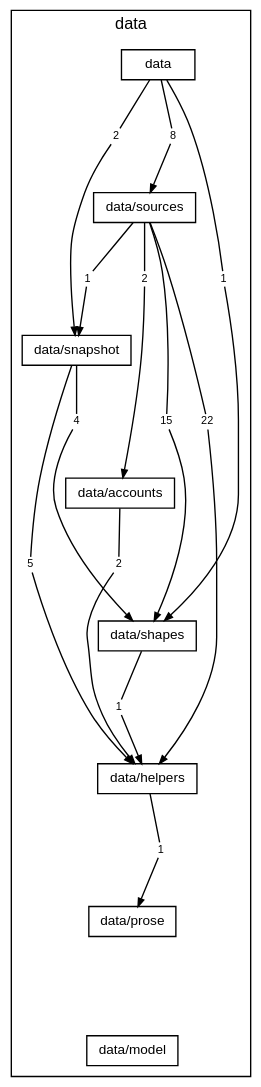
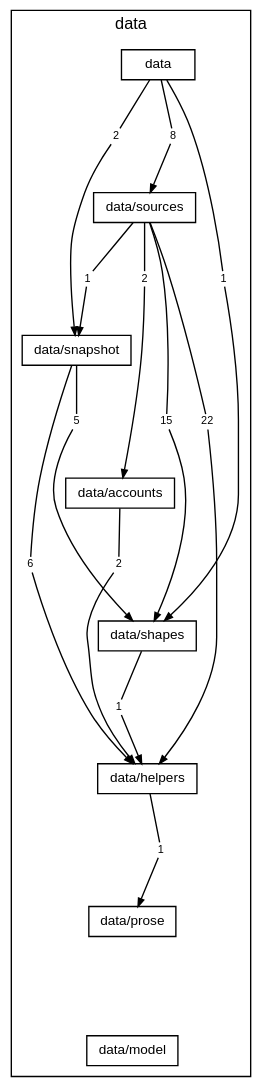
One commit to TheAxeC/oculus changed the diagram in docs/diagrams/layer-data.dot. Above: the diagram before and after it, drawn with Graphviz. The commit also changed 95 other files, not shown here.

```diff
--- a/docs/diagrams/layer-data.dot
+++ b/docs/diagrams/layer-data.dot
@@ -1,59 +1,59 @@
 digraph layer_data {
     graph [bgcolor="transparent", rankdir=TB, newrank=true, fontname="Helvetica,Arial,sans-serif", fontsize=12, nodesep=0.2, ranksep=0.5];
     node [shape=box, color="black", fontcolor="black", fontname="Helvetica,Arial,sans-serif", fontsize=10, height=0.3, margin="0.12,0.04"];
     edge [color="black", fontcolor="black", fontname="Helvetica,Arial,sans-serif", fontsize=8, arrowsize=0.6];
     subgraph "cluster_data" {
         label="data"; style=solid;
         "folder data" [label="data"];
         "folder data/sources" [label="data/sources"];
         "folder data/snapshot" [label="data/snapshot"];
         "folder data/accounts" [label="data/accounts"];
         "folder data/shapes" [label="data/shapes"];
         "folder data/helpers" [label="data/helpers"];
         "folder data/prose" [label="data/prose"];
         "folder data/model" [label="data/model"];
         "folder data to folder data/shapes" [label="1", shape=box, color="transparent", fontsize=8, width=0, height=0, margin="0.04,0.02"];
         "folder data to folder data/snapshot" [label="2", shape=box, color="transparent", fontsize=8, width=0, height=0, margin="0.04,0.02"];
         "folder data to folder data/sources" [label="8", shape=box, color="transparent", fontsize=8, width=0, height=0, margin="0.04,0.02"];
         "folder data/sources to folder data/accounts" [label="2", shape=box, color="transparent", fontsize=8, width=0, height=0, margin="0.04,0.02"];
         "folder data/sources to folder data/helpers" [label="22", shape=box, color="transparent", fontsize=8, width=0, height=0, margin="0.04,0.02"];
         "folder data/sources to folder data/shapes" [label="15", shape=box, color="transparent", fontsize=8, width=0, height=0, margin="0.04,0.02"];
         "folder data/sources to folder data/snapshot" [label="1", shape=box, color="transparent", fontsize=8, width=0, height=0, margin="0.04,0.02"];
-        "folder data/snapshot to folder data/helpers" [label="5", shape=box, color="transparent", fontsize=8, width=0, height=0, margin="0.04,0.02"];
-        "folder data/snapshot to folder data/shapes" [label="4", shape=box, color="transparent", fontsize=8, width=0, height=0, margin="0.04,0.02"];
+        "folder data/snapshot to folder data/helpers" [label="6", shape=box, color="transparent", fontsize=8, width=0, height=0, margin="0.04,0.02"];
+        "folder data/snapshot to folder data/shapes" [label="5", shape=box, color="transparent", fontsize=8, width=0, height=0, margin="0.04,0.02"];
         "folder data/accounts to folder data/helpers" [label="2", shape=box, color="transparent", fontsize=8, width=0, height=0, margin="0.04,0.02"];
         "folder data/shapes to folder data/helpers" [label="1", shape=box, color="transparent", fontsize=8, width=0, height=0, margin="0.04,0.02"];
         "folder data/helpers to folder data/prose" [label="1", shape=box, color="transparent", fontsize=8, width=0, height=0, margin="0.04,0.02"];
     }
     "folder data" -> "folder data/sources" [style=invis, weight=10, minlen=2];
     "folder data/sources" -> "folder data/snapshot" [style=invis, weight=10, minlen=2];
     "folder data/snapshot" -> "folder data/accounts" [style=invis, weight=10, minlen=2];
     "folder data/accounts" -> "folder data/shapes" [style=invis, weight=10, minlen=2];
     "folder data/shapes" -> "folder data/helpers" [style=invis, weight=10, minlen=2];
     "folder data/helpers" -> "folder data/prose" [style=invis, weight=10, minlen=2];
     "folder data/prose" -> "folder data/model" [style=invis, weight=10, minlen=2];
     "folder data" -> "folder data to folder data/shapes" [arrowhead=none, minlen=3, weight=10];
     "folder data to folder data/shapes" -> "folder data/shapes" [];
     "folder data" -> "folder data to folder data/snapshot" [arrowhead=none, minlen=1, weight=10];
     "folder data to folder data/snapshot" -> "folder data/snapshot" [];
     "folder data" -> "folder data to folder data/sources" [arrowhead=none, minlen=1, weight=10];
     "folder data to folder data/sources" -> "folder data/sources" [];
     "folder data/sources" -> "folder data/sources to folder data/accounts" [arrowhead=none, minlen=1, weight=10];
     "folder data/sources to folder data/accounts" -> "folder data/accounts" [];
     "folder data/sources" -> "folder data/sources to folder data/helpers" [arrowhead=none, minlen=3, weight=10];
     "folder data/sources to folder data/helpers" -> "folder data/helpers" [];
     "folder data/sources" -> "folder data/sources to folder data/shapes" [arrowhead=none, minlen=3, weight=10];
     "folder data/sources to folder data/shapes" -> "folder data/shapes" [];
     "folder data/sources" -> "folder data/sources to folder data/snapshot" [arrowhead=none, minlen=1, weight=10];
     "folder data/sources to folder data/snapshot" -> "folder data/snapshot" [];
     "folder data/snapshot" -> "folder data/snapshot to folder data/helpers" [arrowhead=none, minlen=3, weight=10];
     "folder data/snapshot to folder data/helpers" -> "folder data/helpers" [];
     "folder data/snapshot" -> "folder data/snapshot to folder data/shapes" [arrowhead=none, minlen=1, weight=10];
     "folder data/snapshot to folder data/shapes" -> "folder data/shapes" [];
     "folder data/accounts" -> "folder data/accounts to folder data/helpers" [arrowhead=none, minlen=1, weight=10];
     "folder data/accounts to folder data/helpers" -> "folder data/helpers" [];
     "folder data/shapes" -> "folder data/shapes to folder data/helpers" [arrowhead=none, minlen=1, weight=10];
     "folder data/shapes to folder data/helpers" -> "folder data/helpers" [];
     "folder data/helpers" -> "folder data/helpers to folder data/prose" [arrowhead=none, minlen=1, weight=10];
     "folder data/helpers to folder data/prose" -> "folder data/prose" [];
 }
```
